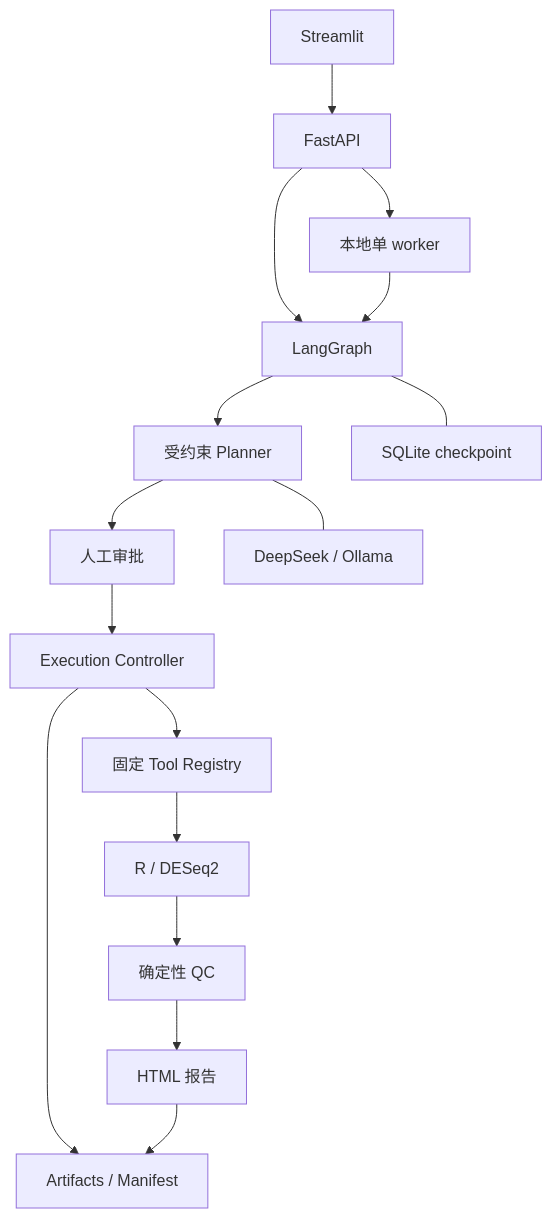
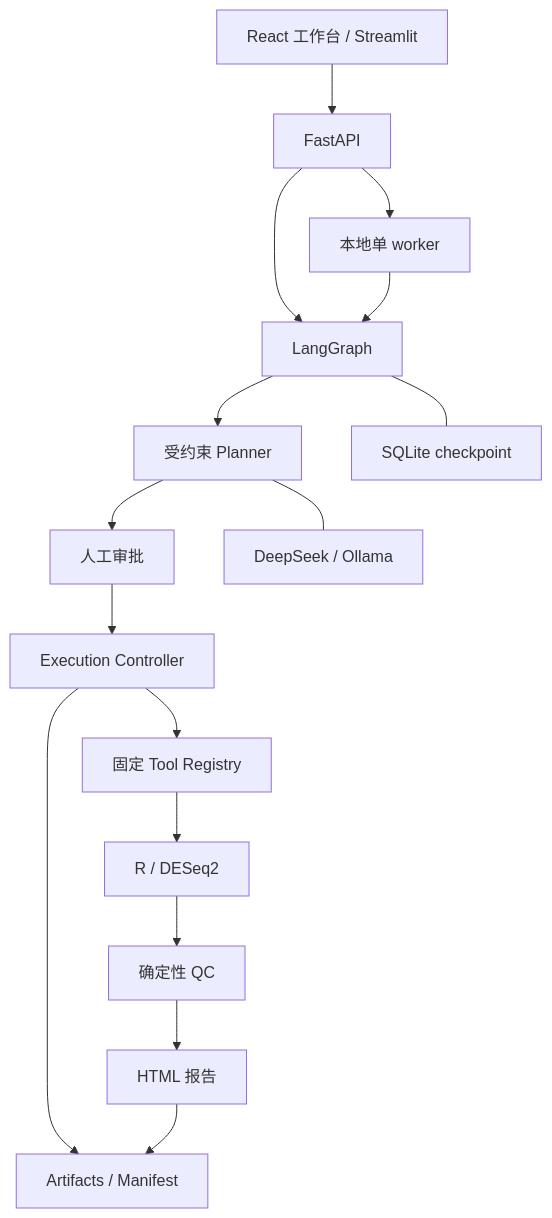
The diagram in README.md (zzj1174949411/bio-agent), drawn with Mermaid before and after one commit. The commit also changed other lines of this file and 11 other files, not shown here.

````diff
--- a/README.md
+++ b/README.md
@@ -24,18 +24,18 @@
 ```mermaid
 flowchart TD
-    UI[Streamlit] --> API[FastAPI]
+    UI[React 工作台 / Streamlit] --> API[FastAPI]
     API --> JOB[本地单 worker]
     API --> GRAPH[LangGraph]
     JOB --> GRAPH
     GRAPH --> PLAN[受约束 Planner]
     PLAN --> APPROVAL[人工审批]
     APPROVAL --> EXEC[Execution Controller]
     EXEC --> REG[固定 Tool Registry]
     REG --> R[R / DESeq2]
     R --> QC[确定性 QC]
     QC --> REPORT[HTML 报告]
     GRAPH --- CP[SQLite checkpoint]
     EXEC --> ART[Artifacts / Manifest]
     REPORT --> ART
     PLAN --- LLM[DeepSeek / Ollama]
 ```
````
